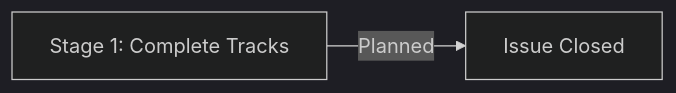
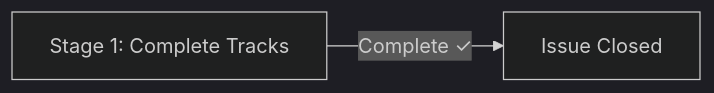
The diagram in docs/proposals/epic-1-four-t-initial-release/child-4-phase-2-data/progress.md (A1eksMa/four-t), drawn with Mermaid (dark theme) before and after one commit. The commit also changed other lines of this file and 2 other files, not shown here.

First line of the commit message:
docs(issue-4): add Stage 1 progress report, close phase — update epic progress

````diff
--- a/docs/proposals/epic-1-four-t-initial-release/child-4-phase-2-data/progress.md
+++ b/docs/proposals/epic-1-four-t-initial-release/child-4-phase-2-data/progress.md
@@ -5,4 +5,4 @@
 ```mermaid
 graph LR
-    S1[Stage 1: Complete Tracks] -->|Planned| DONE[Issue Closed]
+    S1[Stage 1: Complete Tracks] -->|Complete ✓| DONE[Issue Closed]
 ```
````
